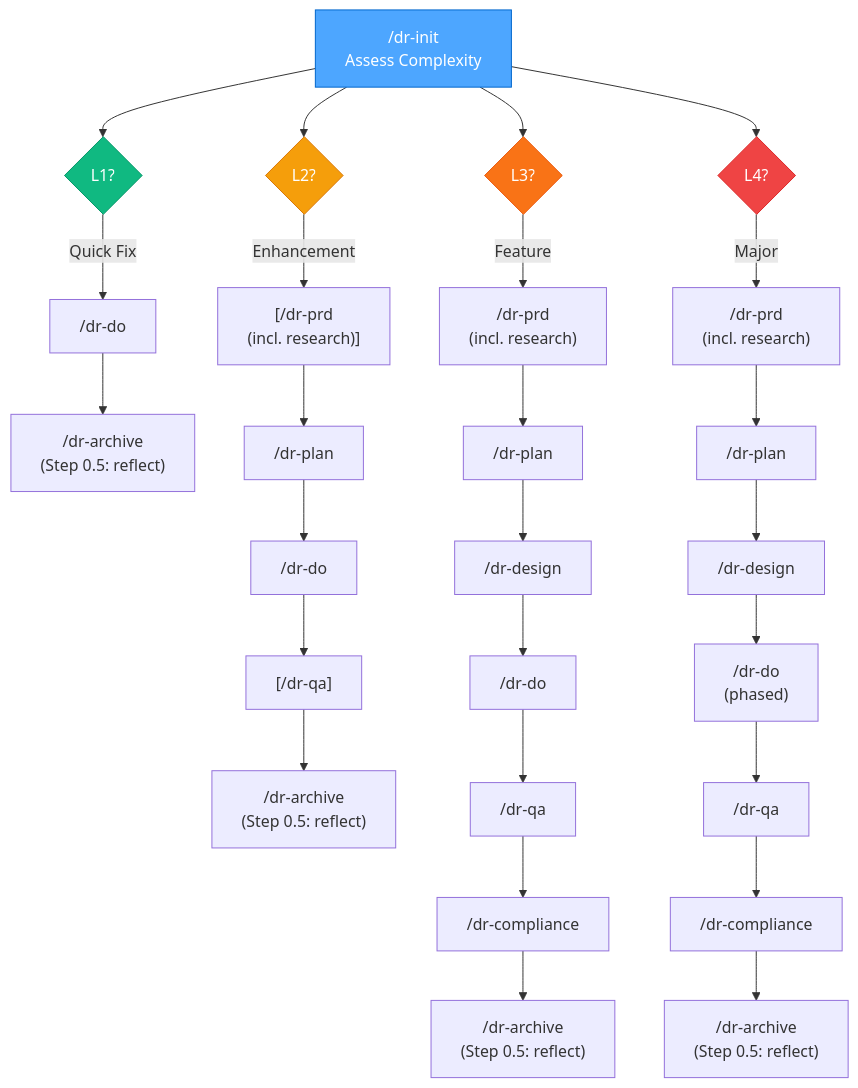
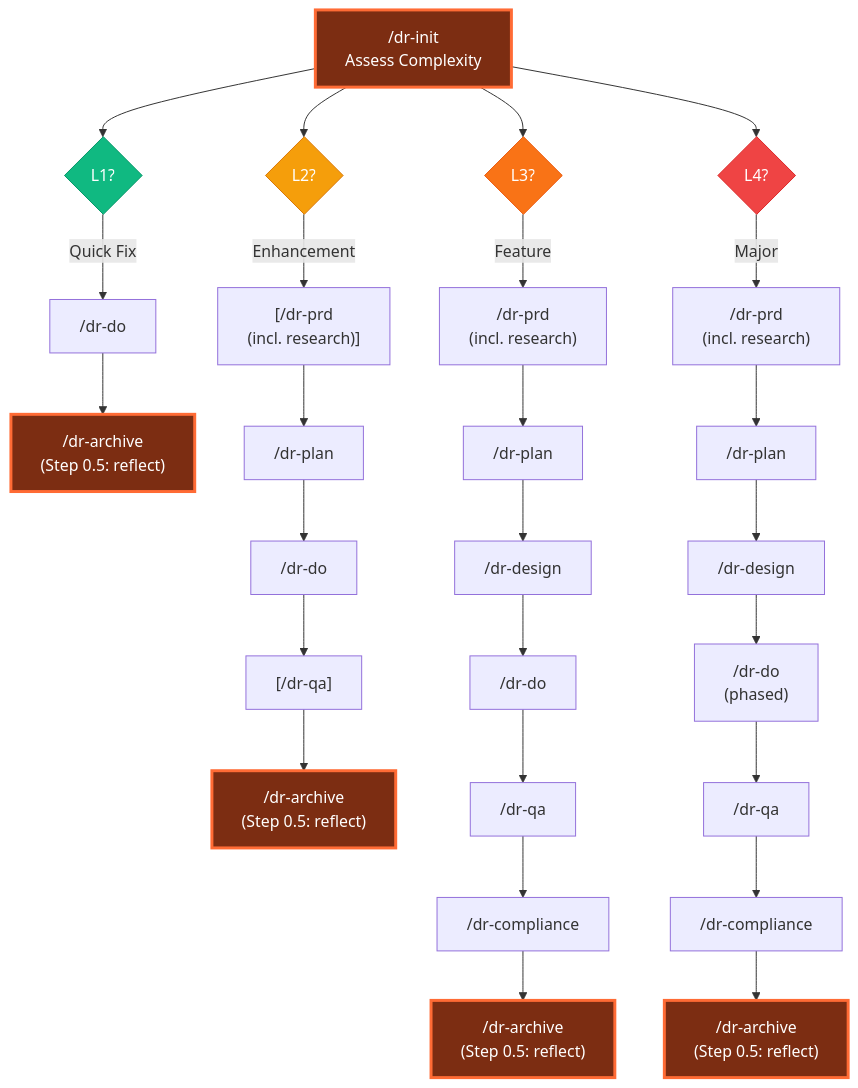
One commit to Arcanada-one/datarim changed the first of 3 diagrams in skills/visual-maps/pipeline-routing.md. Above: the diagram before and after it, drawn with Mermaid. The commit also changed other lines of this file and 9 other files, not shown here.

````diff
--- a/skills/visual-maps/pipeline-routing.md
+++ b/skills/visual-maps/pipeline-routing.md
@@ -3,38 +3,40 @@
 ```mermaid
 graph TD
     Init["/dr-init<br>Assess Complexity"] --> L1{"L1?"}
     Init --> L2{"L2?"}
     Init --> L3{"L3?"}
     Init --> L4{"L4?"}
 
     L1 -->|"Quick Fix"| Do1["/dr-do"]
     Do1 --> Archive1["/dr-archive<br>(Step 0.5: reflect)"]
 
     L2 -->|"Enhancement"| PRD2["[/dr-prd<br>(incl. research)]"]
     PRD2 --> Plan2["/dr-plan"]
     Plan2 --> Do2["/dr-do"]
     Do2 --> QA2["[/dr-qa]"]
     QA2 --> Archive2["/dr-archive<br>(Step 0.5: reflect)"]
 
     L3 -->|"Feature"| PRD3["/dr-prd<br>(incl. research)"]
     PRD3 --> Plan3["/dr-plan"]
     Plan3 --> Design3["/dr-design"]
     Design3 --> Do3["/dr-do"]
     Do3 --> QA3["/dr-qa"]
     QA3 --> Compliance3["/dr-compliance"]
     Compliance3 --> Archive3["/dr-archive<br>(Step 0.5: reflect)"]
 
     L4 -->|"Major"| PRD4["/dr-prd<br>(incl. research)"]
     PRD4 --> Plan4["/dr-plan"]
     Plan4 --> Design4["/dr-design"]
     Design4 --> Do4["/dr-do<br>(phased)"]
     Do4 --> QA4["/dr-qa"]
     QA4 --> Comp4["/dr-compliance"]
     Comp4 --> Archive4["/dr-archive<br>(Step 0.5: reflect)"]
 
-    style Init fill:#4da6ff,stroke:#0066cc,color:white
+    classDef operatorOnly fill:#7c2d12,stroke:#ff6b35,stroke-width:3px,color:white
+    class Init,Archive1,Archive2,Archive3,Archive4 operatorOnly
+
     style L1 fill:#10b981,stroke:#059669,color:white
     style L2 fill:#f59e0b,stroke:#d97706,color:white
     style L3 fill:#f97316,stroke:#ea580c,color:white
     style L4 fill:#ef4444,stroke:#dc2626,color:white
 ```
````
